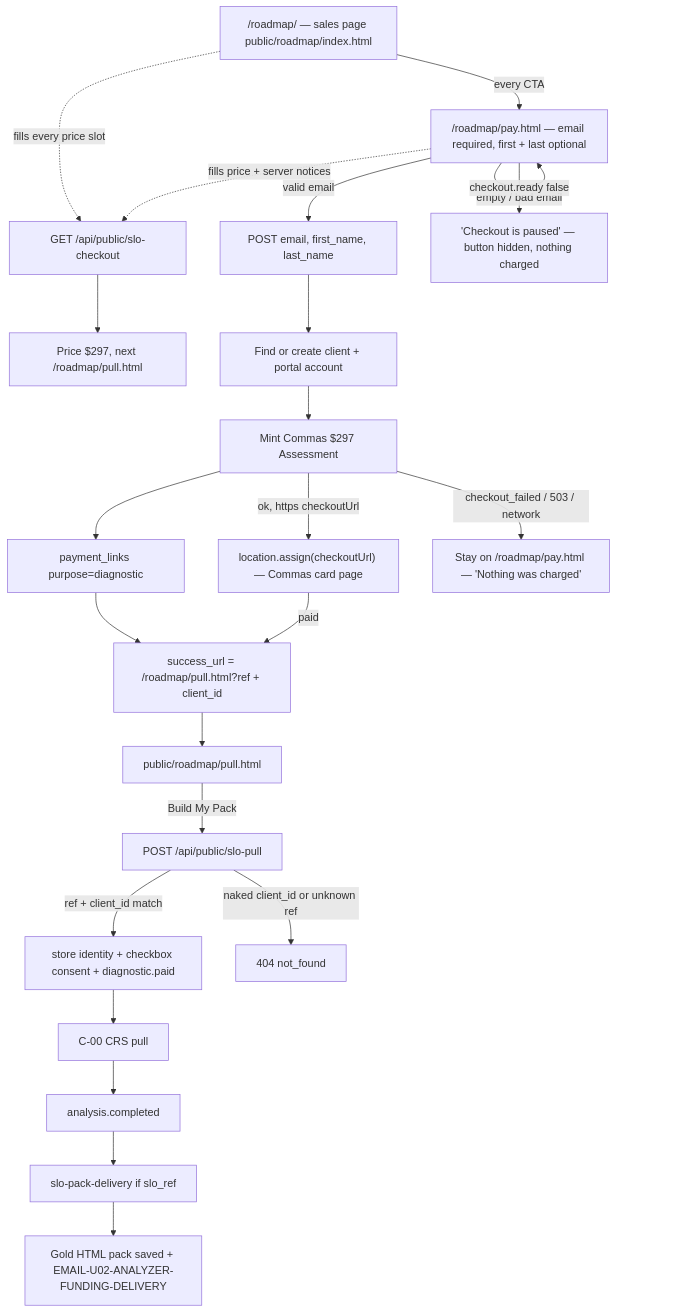
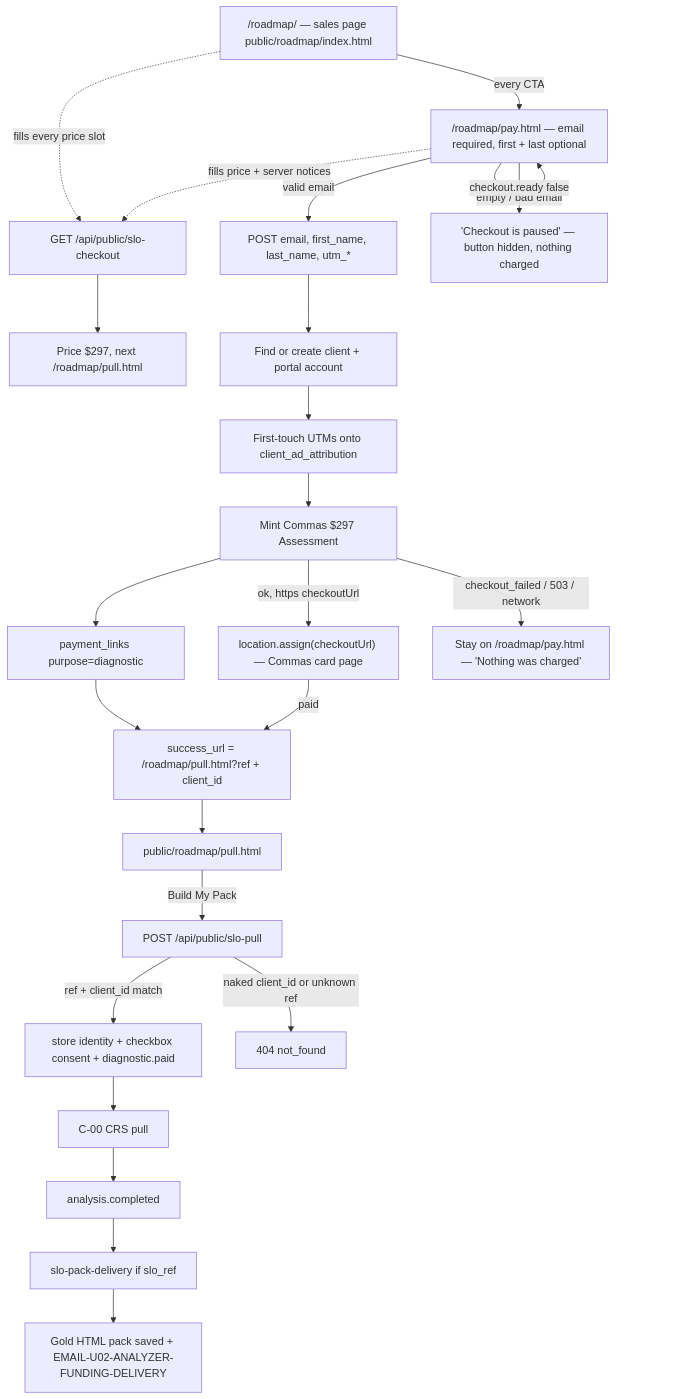
The diagram in docs/journeys/slo-offer-actual.md (ZootimusMaximusSupreme/Fundhub_ai), drawn with Mermaid before and after one commit. The commit also changed other lines of this file and 20 other files, not shown here.

Commit message:
Catch Creative Factory ad tags on /roadmap checkout and the apply funnel paste files.

````diff
--- a/docs/journeys/slo-offer-actual.md
+++ b/docs/journeys/slo-offer-actual.md
@@ -9,25 +9,26 @@
 ```mermaid
 flowchart TD
   S["/roadmap/ — sales page public/roadmap/index.html"] -->|every CTA| P["/roadmap/pay.html — email required, first + last optional"]
   S -. fills every price slot .-> A
   P -. fills price + server notices .-> A
   A["GET /api/public/slo-checkout"] --> B["Price $297, next /roadmap/pull.html"]
   P -->|"valid email"| C
   P -->|"empty / bad email"| P
   P -->|"checkout.ready false"| PAUSE["'Checkout is paused' — button hidden, nothing charged"]
-  C["POST email, first_name, last_name"] --> D["Find or create client + portal account"]
-  D --> E["Mint Commas $297 Assessment"]
+  C["POST email, first_name, last_name, utm_*"] --> D["Find or create client + portal account"]
+  D --> ATTR["First-touch UTMs onto client_ad_attribution"]
+  ATTR --> E["Mint Commas $297 Assessment"]
   E --> F["payment_links purpose=diagnostic"]
   F --> G["success_url = /roadmap/pull.html?ref + client_id"]
   E -->|"ok, https checkoutUrl"| CARD["location.assign(checkoutUrl) — Commas card page"]
   E -->|"checkout_failed / 503 / network"| PFAIL["Stay on /roadmap/pay.html — 'Nothing was charged'"]
   CARD -->|paid| G
   G --> H["public/roadmap/pull.html"]
   H -->|"Build My Pack"| I["POST /api/public/slo-pull"]
   I -->|"ref + client_id match"| J["store identity + checkbox consent + diagnostic.paid"]
   I -->|"naked client_id or unknown ref"| K["404 not_found"]
   J --> L["C-00 CRS pull"]
   L --> M["analysis.completed"]
   M --> N["slo-pack-delivery if slo_ref"]
   N --> O["Gold HTML pack saved + EMAIL-U02-ANALYZER-FUNDING-DELIVERY"]
 ```
````
